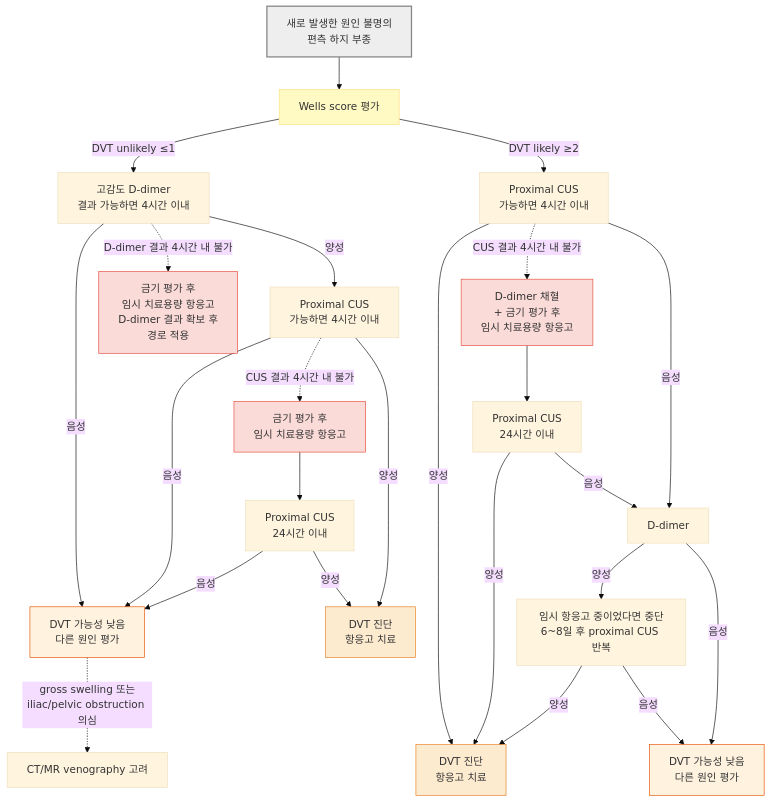
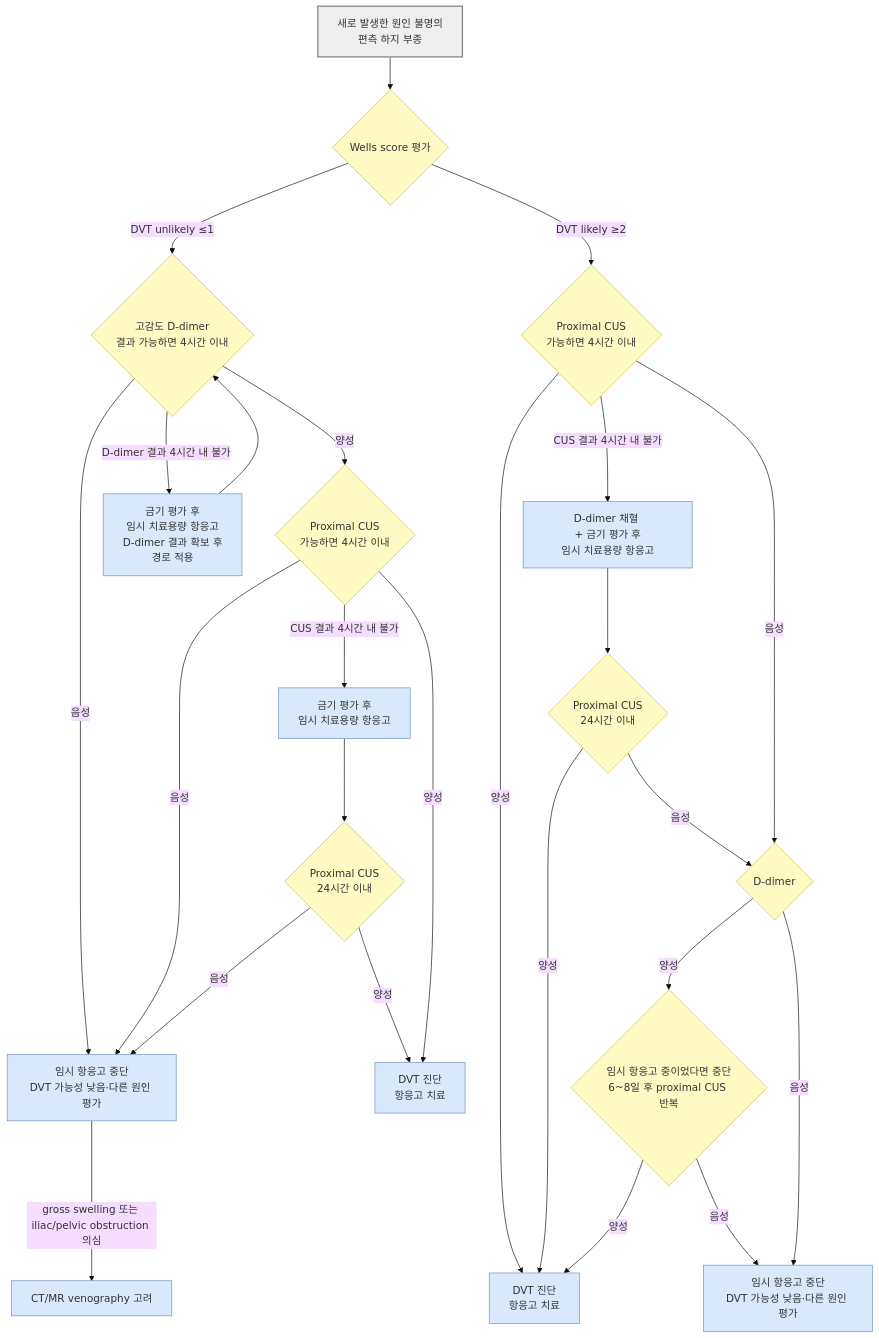
The first of 4 diagrams in 220_/012_-edema.md (familyoh77/familyoh77), drawn with Mermaid (base theme) before and after one commit. The commit also changed other lines of this file and 13 other files, not shown here.

````diff
--- a/220_/012_-edema.md
+++ b/220_/012_-edema.md
@@ -195,36 +195,50 @@
 ```mermaid
-graph TD
-SG1["새로 발생한 원인 불명의<br/>편측 하지 부종"] --> B["Wells score 평가"]
-        B -- "DVT unlikely ≤1" --> C["고감도 D-dimer<br/>결과 가능하면 4시간 이내"]
-        C -- "음성" --> E["DVT 가능성 낮음<br/>다른 원인 평가"]
-        C -- "양성" --> D1["Proximal CUS<br/>가능하면 4시간 이내"]
-        C -. "D-dimer 결과 4시간 내 불가" .-> I1["금기 평가 후 <br/>임시 치료용량 항응고<br/>D-dimer 결과 확보 후 <br/>경로 적용"]
-        B -- "DVT likely ≥2" --> D2["Proximal CUS<br/>가능하면 4시간 이내"]
+flowchart TD
+SG1["`새로 발생한 원인 불명의
+편측 하지 부종`"] --> B{"Wells score 평가"}
+        B -- "DVT unlikely ≤1" --> C{"`고감도 D-dimer
+결과 가능하면 4시간 이내`"}
+        C -- "음성" --> E["`임시 항응고 중단
+DVT 가능성 낮음·다른 원인 평가`"]
+        C -- "양성" --> D1{"`Proximal CUS
+가능하면 4시간 이내`"}
+        C -- "D-dimer 결과 4시간 내 불가" --> I1["`금기 평가 후 
+임시 치료용량 항응고
+D-dimer 결과 확보 후 
+경로 적용`"]
+        I1 --> C
+        B -- "DVT likely ≥2" --> D2{"`Proximal CUS
+가능하면 4시간 이내`"}
         D1 -- "음성" --> E
-        D1 -. "CUS 결과 4시간 내 불가" .-> I3["금기 평가 후 <br/>임시 치료용량 항응고"]
-        I3 --> D4["Proximal CUS<br/>24시간 이내"]
+        D1 -- "CUS 결과 4시간 내 불가" --> I3["`금기 평가 후 
+임시 치료용량 항응고`"]
+        I3 --> D4{"`Proximal CUS
+24시간 이내`"}
         D4 -- "양성" --> G0
         D4 -- "음성" --> E
-        D1 -- "양성" --> G0["DVT 진단<br/>항응고 치료"]
-        D2 -- "양성" --> G["DVT 진단<br/>항응고 치료"]
-        D2 -. "CUS 결과 4시간 내 불가" .-> I2["D-dimer 채혈 <br/>+ 금기 평가 후<br/>임시 치료용량 항응고"]
-        I2 --> D3["Proximal CUS<br/>24시간 이내"]
+        D1 -- "양성" --> G0["`DVT 진단
+항응고 치료`"]
+        D2 -- "양성" --> G["`DVT 진단
+항응고 치료`"]
+        D2 -- "CUS 결과 4시간 내 불가" --> I2["`D-dimer 채혈 
++ 금기 평가 후
+임시 치료용량 항응고`"]
+        I2 --> D3{"`Proximal CUS
+24시간 이내`"}
         D3 -- "양성" --> G
-        D3 -- "음성" --> DD["D-dimer"]
+        D3 -- "음성" --> DD{"D-dimer"}
         D2 -- "음성" --> DD
-        DD -- "양성" --> R["임시 항응고 중이었다면 중단<br/>6~8일 후 proximal CUS 반복"]
+        DD -- "양성" --> R{"`임시 항응고 중이었다면 중단
+6~8일 후 proximal CUS 반복`"}
         R -- "양성" --> G
         R -- "음성" --> E0
-        E -. "gross swelling 또는<br/>iliac/pelvic obstruction 의심" .-> H["CT/MR venography 고려"]
-        DD -- "음성" --> E0["DVT 가능성 낮음<br/>다른 원인 평가"]
-    style SG1 fill:#eeeeee,stroke:#888888,stroke-width:2px
-    style B fill:#fff9c4,stroke:#ffe082
-    style I1 fill:#fadbd8,stroke:#e74c3c
-    style I2 fill:#fadbd8,stroke:#e74c3c
-    style I3 fill:#fadbd8,stroke:#e74c3c
-
-classDef orange50 fill:#fff3e0,stroke:#e65100
-class E,E0 orange50
-classDef orange fill:#fdebd0,stroke:#e67e22
-class G,G0 orange
+        E -- "gross swelling 또는 iliac/pelvic obstruction 의심" --> H["CT/MR venography 고려"]
+        DD -- "음성" --> E0["`임시 항응고 중단
+DVT 가능성 낮음·다른 원인 평가`"]
+    classDef start fill:#eee,stroke:#888,stroke-width:2px
+    classDef decision fill:#fff9c4,stroke:#d6b656
+    classDef treatment fill:#dae8fc,stroke:#6c8ebf
+    class SG1,B,C,E,D1,I1,D2,I3,D4,G0,G,I2,D3,DD,R,H,E0 treatment
+    class SG1 start
+    class B,C,D1,D2,D3,D4,DD,R decision
 ```
````
